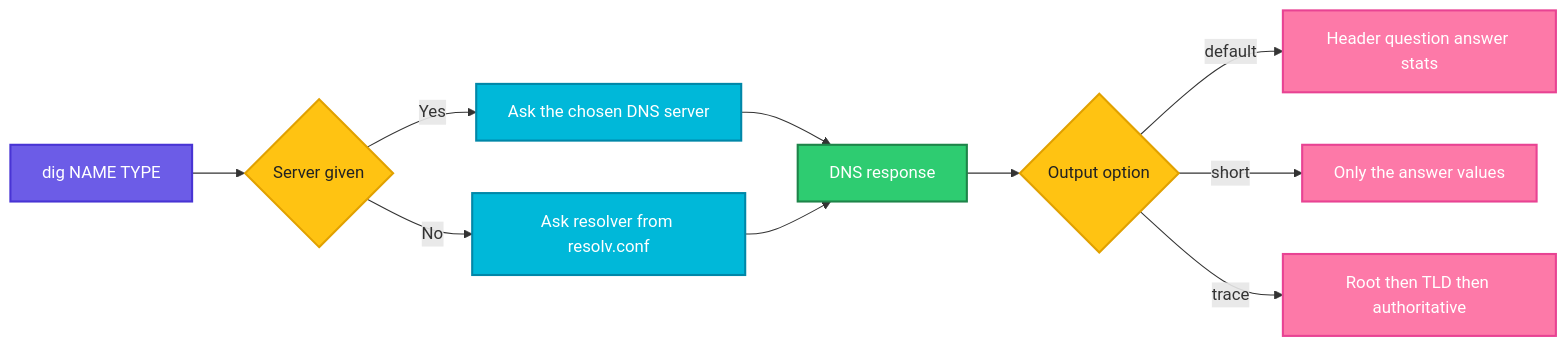
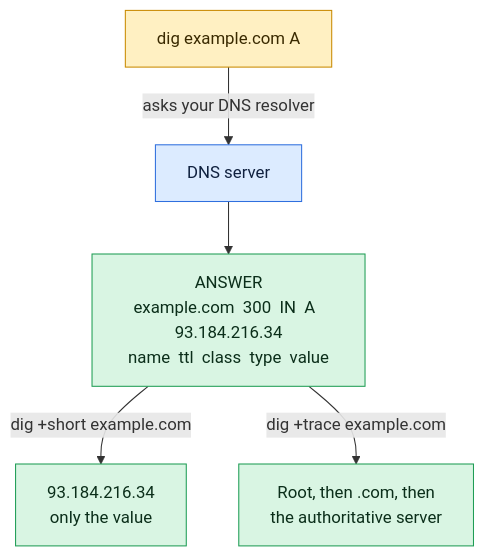
Before and after one commit to codeKerdosTech/DevOps-Documentation: the diagram in linux/networking/dig.md, drawn with Mermaid. The commit also changed other lines of this file and 165 other files, not shown here.

Commit message:
updated diagrams in linux

````diff
--- a/linux/networking/dig.md
+++ b/linux/networking/dig.md
@@ -14,24 +14,15 @@
 ```mermaid
-flowchart LR
-    A[dig NAME TYPE] --> B{Server given}
-    B -->|Yes| C[Ask the chosen DNS server]
-    B -->|No| D[Ask resolver from resolv.conf]
-    C --> E[DNS response]
-    D --> E
-    E --> F{Output option}
-    F -->|default| G[Header question answer stats]
-    F -->|short| H[Only the answer values]
-    F -->|trace| I[Root then TLD then authoritative]
-    classDef start fill:#6C5CE7,stroke:#4834D4,stroke-width:2px,color:#fff
-    classDef proc fill:#00B8D9,stroke:#0087A8,stroke-width:2px,color:#fff
-    classDef dec fill:#FFC312,stroke:#E1A100,stroke-width:2px,color:#222
-    classDef ok fill:#2ECC71,stroke:#1E8449,stroke-width:2px,color:#fff
-    classDef err fill:#FF4757,stroke:#C0392B,stroke-width:2px,color:#fff
-    classDef out fill:#FD79A8,stroke:#E84393,stroke-width:2px,color:#fff
-    classDef alt fill:#FF9F43,stroke:#E67E22,stroke-width:2px,color:#fff
-    class A start
-    class B,F dec
-    class C,D proc
-    class E ok
-    class G,H,I out
+flowchart TD
+    c1[dig example.com A] -->|asks your DNS resolver| i1[DNS server]
+    i1 --> o1[ANSWER<br/>example.com  300  IN  A  93.184.216.34<br/>name  ttl  class  type  value]
+    o1 -->|dig +short example.com| o2[93.184.216.34<br/>only the value]
+    o1 -->|dig +trace example.com| o3[Root, then .com, then<br/>the authoritative server]
+    classDef inp fill:#DCEBFF,stroke:#2F6FDE,color:#10213F
+    classDef cmd fill:#FFF0C2,stroke:#C98A00,color:#3A2A00
+    classDef out fill:#D9F5E3,stroke:#1F9D55,color:#0B2E1A
+    classDef bad fill:#FDE0E0,stroke:#D13B3B,color:#4A0F0F
+    classDef note fill:#ECEFF3,stroke:#7B8794,color:#1F2933
+    class c1 cmd
+    class i1 inp
+    class o1,o2,o3 out
 ```
````
